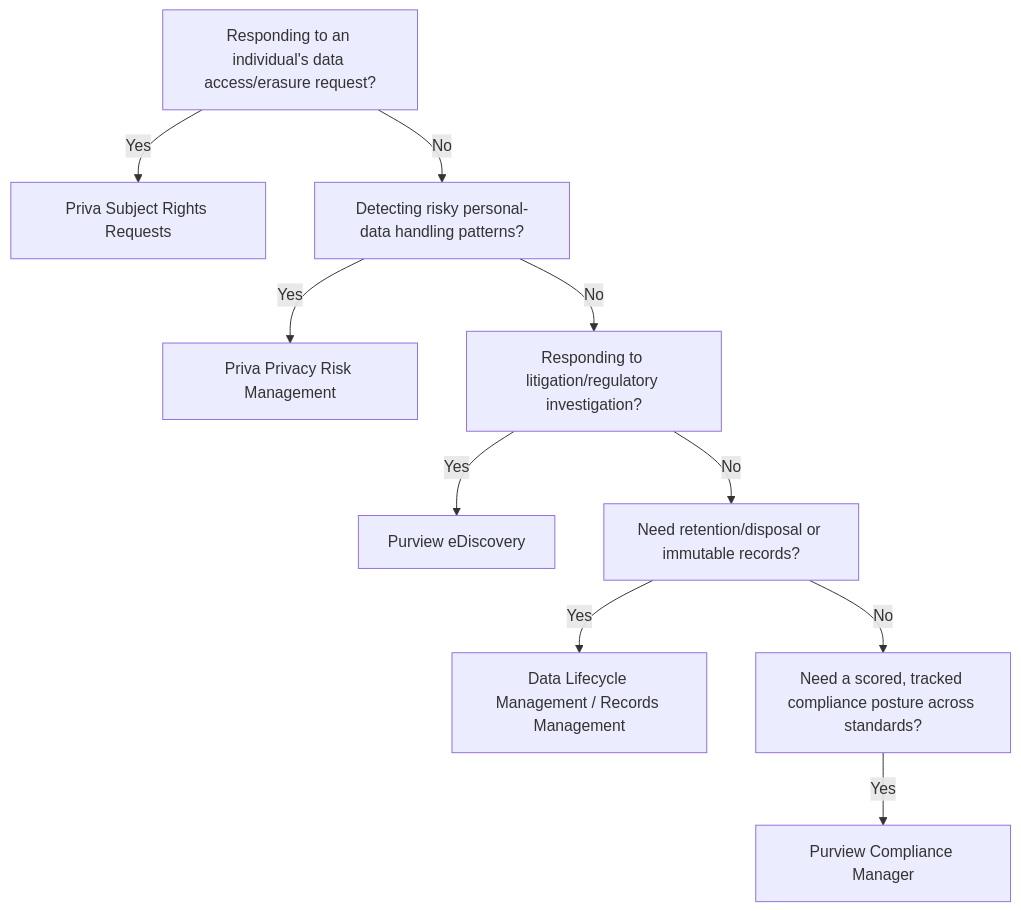
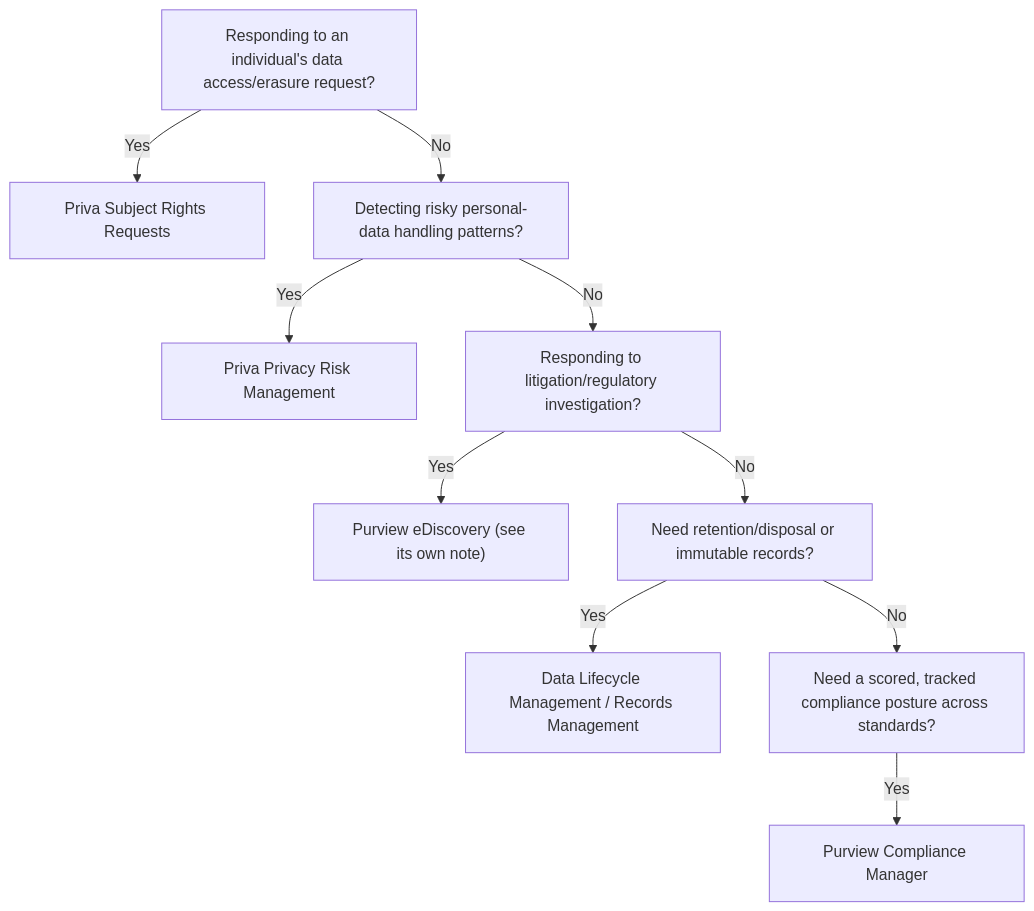
Before and after one commit to DhruvKai/SC-100: the second of 2 diagrams in 06 Governance/Compliance and Privacy.md, drawn with Mermaid. The commit also changed other lines of this file and 22 other files, not shown here.

````diff
--- a/06 Governance/Compliance and Privacy.md
+++ b/06 Governance/Compliance and Privacy.md
@@ -66,12 +66,12 @@
 ```mermaid
 flowchart TD
     Q1["Responding to an individual's data access/erasure request?"] -->|Yes| SRR2["Priva Subject Rights Requests"]
     Q1 -->|No| Q2["Detecting risky personal-data handling patterns?"]
     Q2 -->|Yes| PRM2["Priva Privacy Risk Management"]
     Q2 -->|No| Q3["Responding to litigation/regulatory investigation?"]
-    Q3 -->|Yes| ED2["Purview eDiscovery"]
+    Q3 -->|Yes| ED2["Purview eDiscovery (see its own note)"]
     Q3 -->|No| Q4["Need retention/disposal or immutable records?"]
     Q4 -->|Yes| DLM2["Data Lifecycle Management / Records Management"]
     Q4 -->|No| Q5["Need a scored, tracked compliance posture across standards?"]
     Q5 -->|Yes| CM2["Purview Compliance Manager"]
 ```
````
